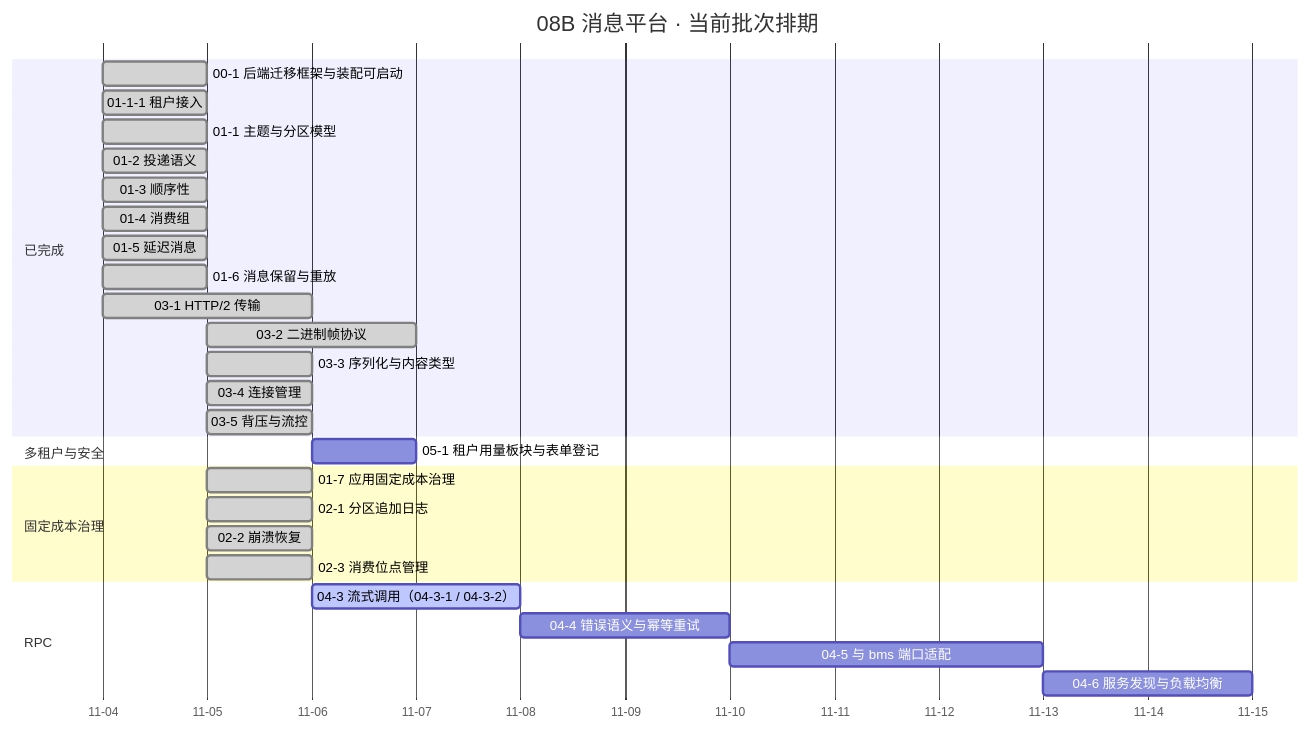
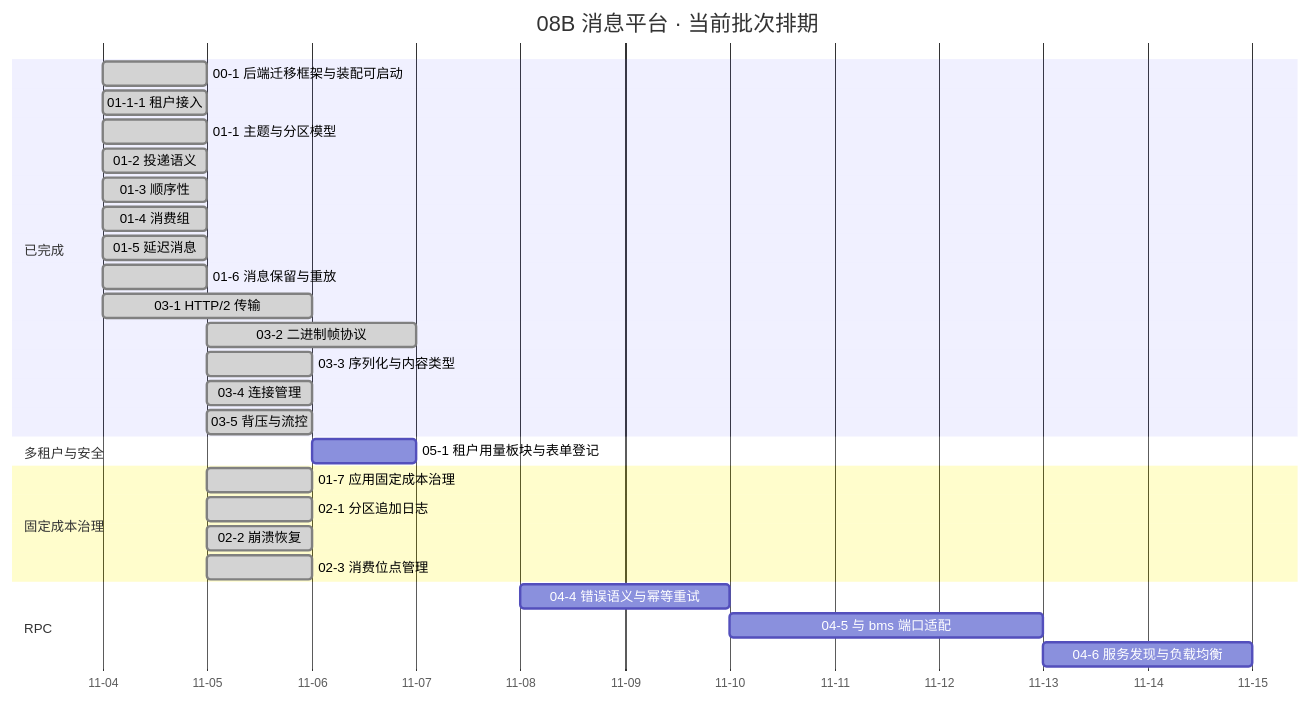
The diagram in msg文档/项目/08B_消息平台/计划/01_计划_消息平台.md (minjian123/message-platform), drawn with Mermaid before and after one commit. The commit also changed other lines of this file and 6 other files, not shown here.

````diff
--- a/msg文档/项目/08B_消息平台/计划/01_计划_消息平台.md
+++ b/msg文档/项目/08B_消息平台/计划/01_计划_消息平台.md
@@ -76,33 +76,32 @@
 ```mermaid
 gantt
     title 08B 消息平台 · 当前批次排期
-    %% 任务域 02：02-7 已交付（2026-11-05）、02-4/02-5 搁置（待 8B_05）；任务域 04：04-1 / 04-2 / 04-7 已交付不入甘特，04-3~04-6 已解搁置并顺排（04-3 进行中）
+    %% 任务域 02：02-7 已交付（2026-11-05）、02-4/02-5 搁置（待 8B_05）；任务域 04：04-1 / 04-2 / 04-3 / 04-7 已交付不入甘特，04-4~04-6 已解搁置并顺排
     dateFormat YYYY-MM-DD
     axisFormat %m-%d
     section 已完成
     00-1 后端迁移框架与装配可启动 :done, d001, 2026-11-04, 1d
     01-1-1 租户接入 :done, d0111, 2026-11-04, 1d
     01-1 主题与分区模型 :done, t011, 2026-11-04, 1d
     01-2 投递语义 :done, t012, 2026-11-04, 1d
     01-3 顺序性 :done, t013, 2026-11-04, 1d
     01-4 消费组 :done, t014, 2026-11-04, 1d
     01-5 延迟消息 :done, t015, 2026-11-04, 1d
     01-6 消息保留与重放 :done, t016, 2026-11-04, 1d
     03-1 HTTP/2 传输 :done, t031, 2026-11-04, 2d
     03-2 二进制帧协议 :done, t032, 2026-11-05, 2d
     03-3 序列化与内容类型 :done, t033, 2026-11-05, 1d
     03-4 连接管理 :done, t034, 2026-11-05, 1d
     03-5 背压与流控 :done, t035, 2026-11-05, 1d
     section 多租户与安全
     05-1 租户用量板块与表单登记 :t051, after t035, 1d
     section 固定成本治理
     01-7 应用固定成本治理 :done, t017, 2026-11-05, 1d
     02-1 分区追加日志 :done, t021, 2026-11-05, 1d
     02-2 崩溃恢复 :done, t022, 2026-11-05, 1d
     02-3 消费位点管理 :done, t023, 2026-11-05, 1d
     section RPC
-    04-3 流式调用（04-3-1 / 04-3-2） :active, t043, 2026-11-06, 2d
     04-4 错误语义与幂等重试 :t044, 2026-11-08, 2d
     04-5 与 bms 端口适配 :t045, 2026-11-10, 3d
     04-6 服务发现与负载均衡 :t046, 2026-11-13, 2d
 ```
````
